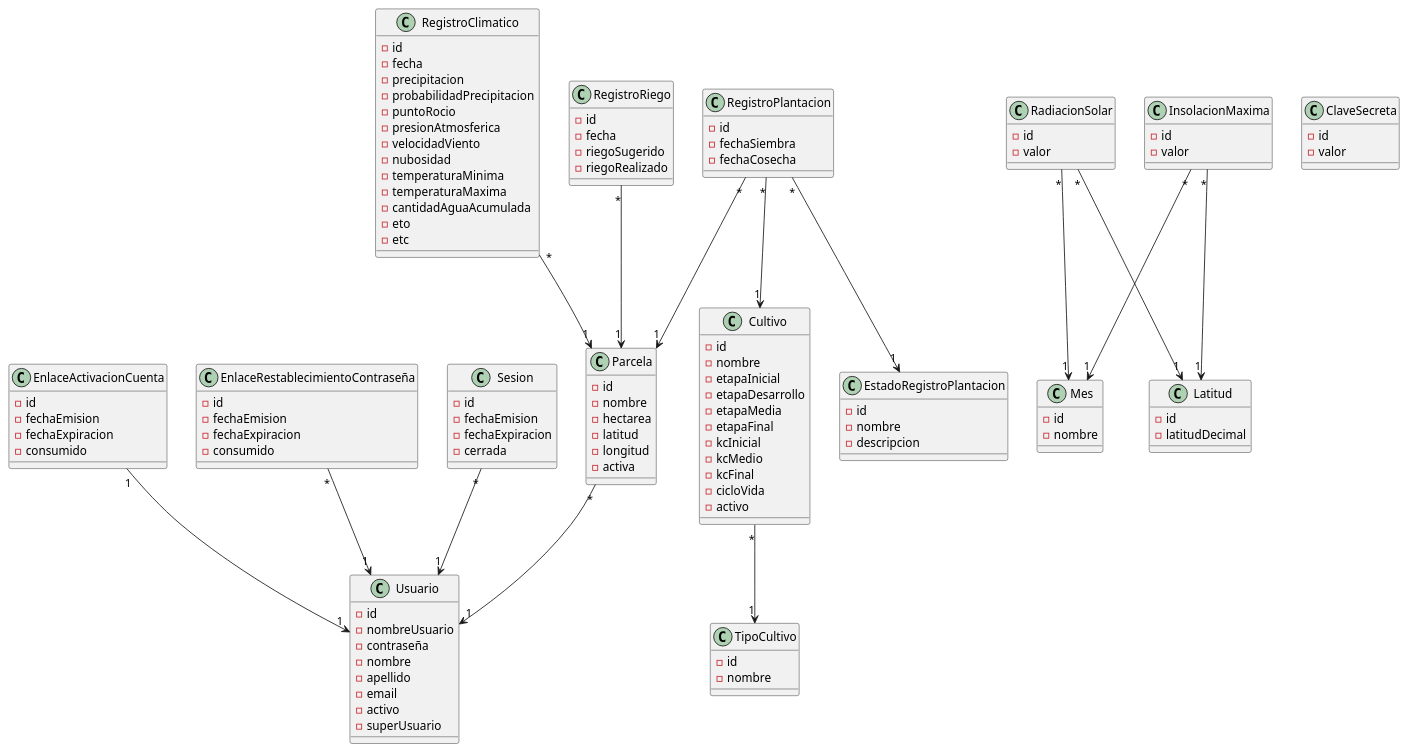
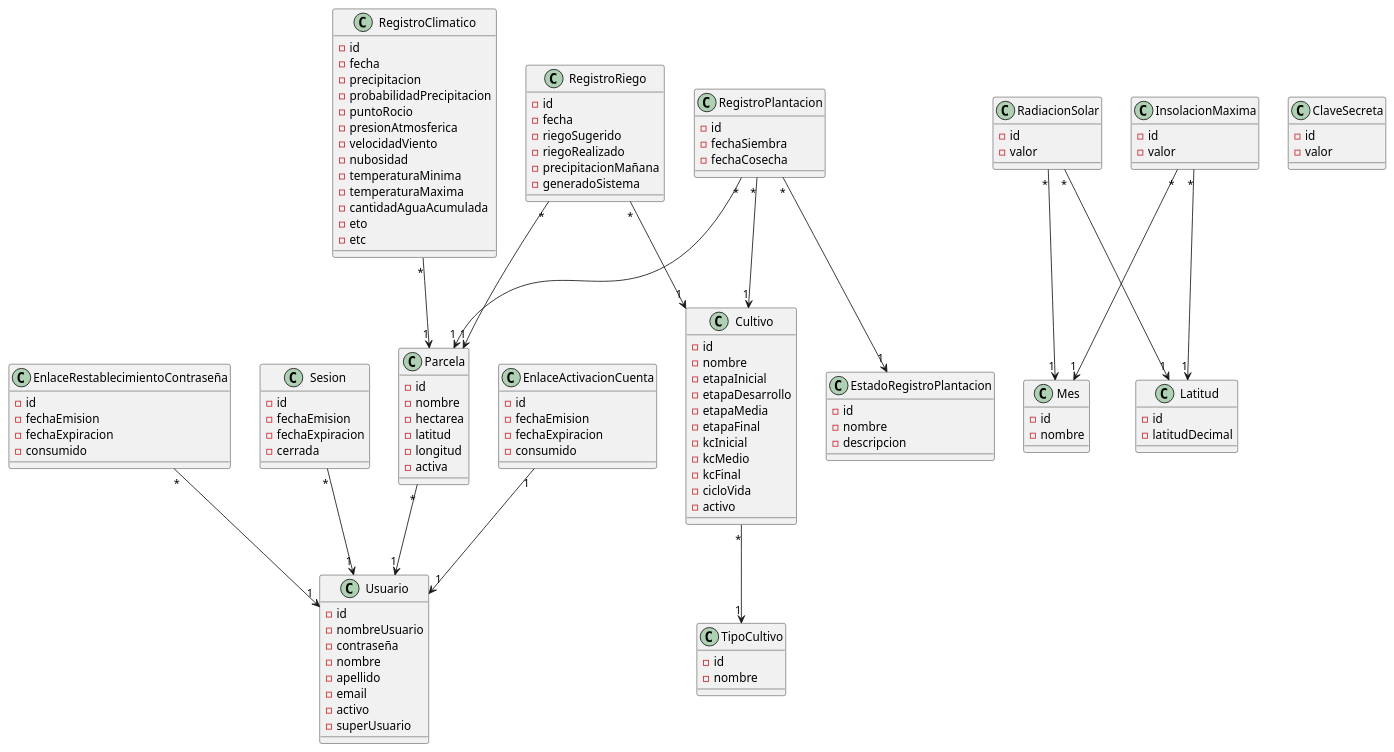
The diagram in domain model/Modelo de dominio.pu (facundopaez-dev/sistema-web-riego), drawn with PlantUML before and after one commit. The commit also changed 22 other files, not shown here.

```diff
--- a/domain model/Modelo de dominio.pu
+++ b/domain model/Modelo de dominio.pu
@@ -1,138 +1,141 @@
 @startuml
 
 Parcela "*"-->"1" Usuario
 RegistroClimatico "*"-->"1" Parcela
 RegistroRiego "*"-->"1" Parcela
 RegistroPlantacion "*"-->"1" Parcela
 RegistroPlantacion "*"-->"1" Cultivo
 RegistroPlantacion "*"-->"1" EstadoRegistroPlantacion
 RadiacionSolar "*"-->"1" Mes
 RadiacionSolar "*"-->"1" Latitud
 InsolacionMaxima "*"-->"1" Mes
 InsolacionMaxima "*"-->"1" Latitud
 Cultivo "*"-->"1" TipoCultivo
 EnlaceActivacionCuenta "1" --> "1" Usuario
 EnlaceRestablecimientoContraseña "*" --> "1" Usuario
 Sesion "*" --> "1" Usuario
+RegistroRiego "*" --> "1" Cultivo
 
 class Parcela {
 -id
 -nombre
 -hectarea
 -latitud
 -longitud
 -activa
 }
 
 class Cultivo {
 -id
 -nombre
 -etapaInicial
 -etapaDesarrollo
 -etapaMedia
 -etapaFinal
 -kcInicial
 -kcMedio
 -kcFinal
 -cicloVida
 -activo
 }
 
 class TipoCultivo {
 -id
 -nombre
 }
 
 class RegistroClimatico {
 -id
 -fecha
 -precipitacion
 -probabilidadPrecipitacion
 -puntoRocio
 -presionAtmosferica
 -velocidadViento
 -nubosidad
 -temperaturaMinima
 -temperaturaMaxima
 -cantidadAguaAcumulada
 -eto
 -etc
 }
 
 class RegistroPlantacion {
 -id
 -fechaSiembra
 -fechaCosecha
 }
 
 class RegistroRiego {
 -id
 -fecha
 -riegoSugerido
 -riegoRealizado
+-precipitacionMañana
+-generadoSistema
 }
 
 class Usuario {
 -id
 -nombreUsuario
 -contraseña
 -nombre
 -apellido
 -email
 -activo
 -superUsuario
 }
 
 class EstadoRegistroPlantacion {
 -id
 -nombre
 -descripcion
 }
 
 class Mes {
 -id
 -nombre
 }
 
 class Latitud {
 -id
 -latitudDecimal
 }
 
 class RadiacionSolar {
 -id
 -valor
 }
 
 class InsolacionMaxima {
 -id
 -valor
 }
 
 class EnlaceActivacionCuenta {
 -id
 -fechaEmision
 -fechaExpiracion
 -consumido
 }
 
 class EnlaceRestablecimientoContraseña {
 -id
 -fechaEmision
 -fechaExpiracion
 -consumido
 }
 
 class Sesion {
 -id
 -fechaEmision
 -fechaExpiracion
 -cerrada
 }
 
 class ClaveSecreta {
 -id
 -valor
 }
 
 @enduml
```
